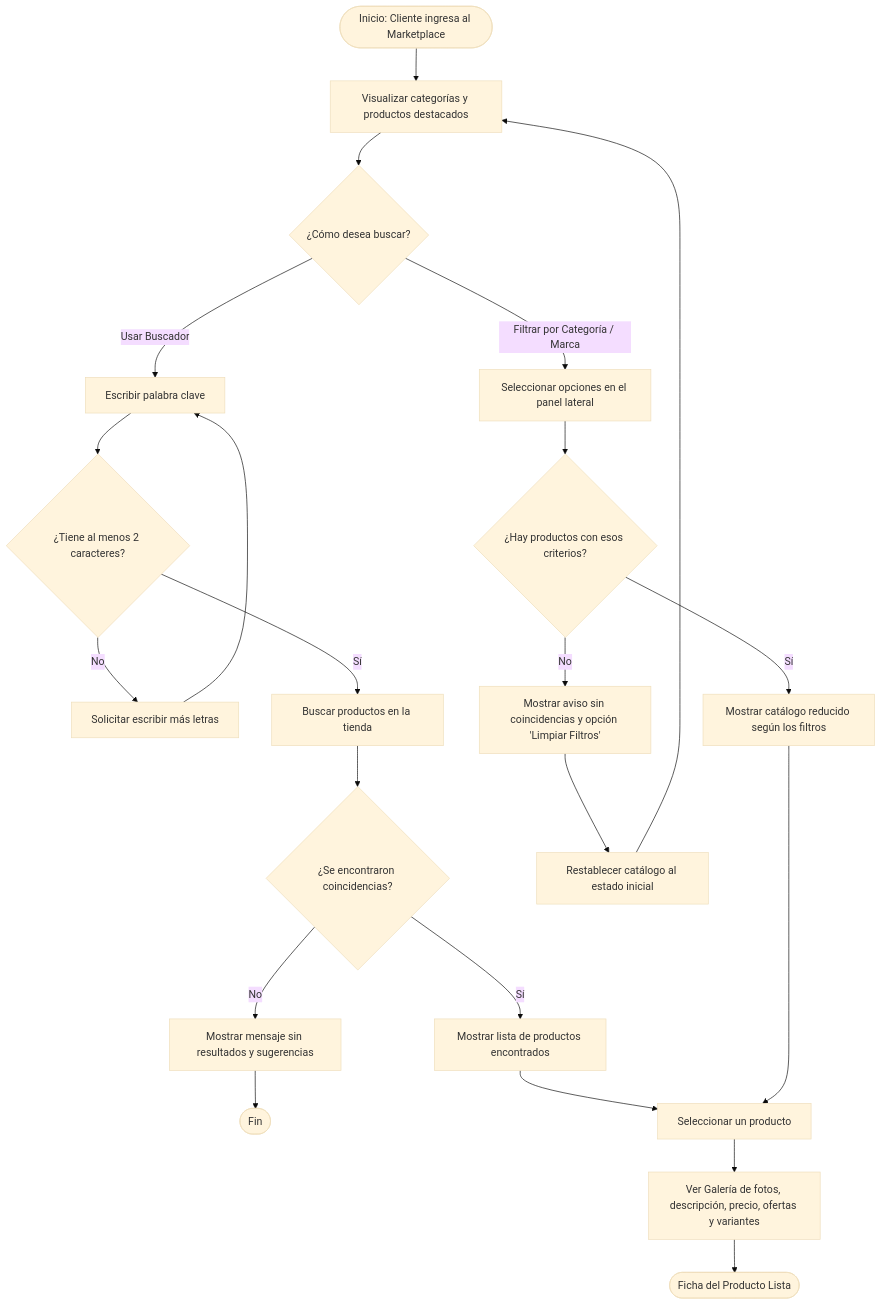
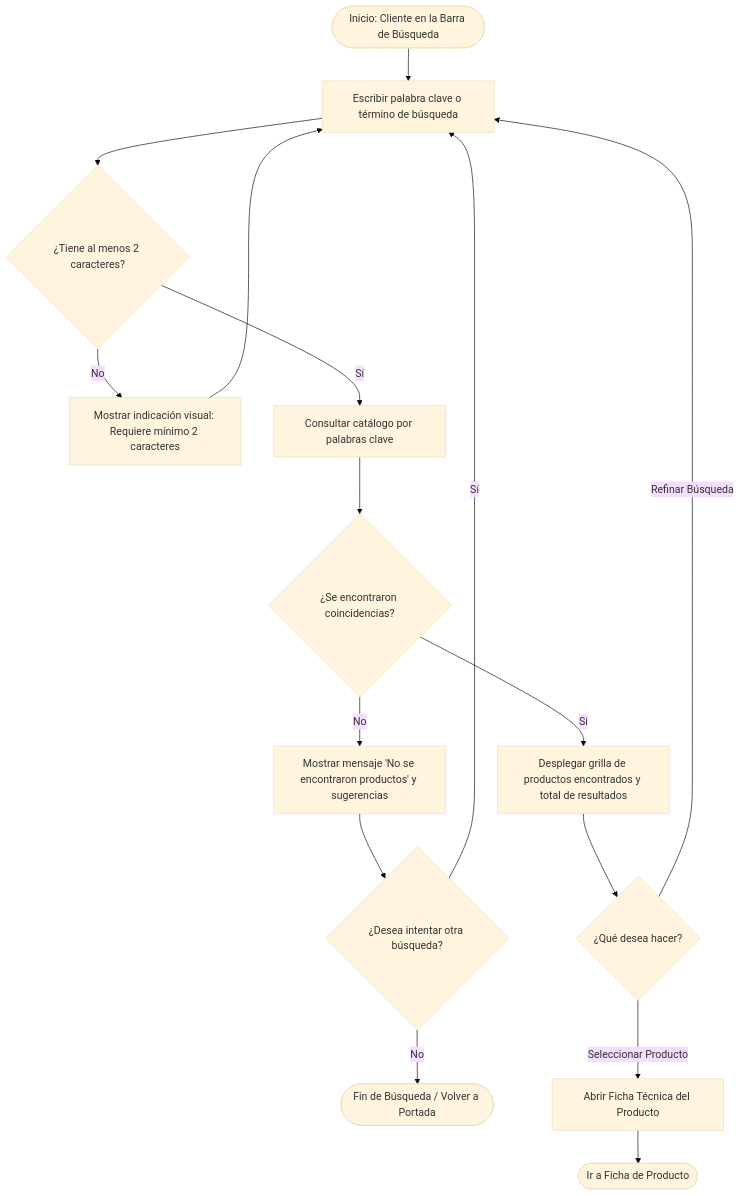
Before and after one commit to LeonidasGarcia/Multichannel-Marketplace: the fourth of 9 diagrams in Diagrama de Procesos/Diagramas de Procesos Preliminares.md, drawn with Mermaid (base theme). The commit also changed other lines of this file and 1 other file, not shown here.

Commit message:
feat: Update process diagrams and enhance user flow descriptions in the documentation

````diff
--- a/Diagrama de Procesos/Diagramas de Procesos Preliminares.md
+++ b/Diagrama de Procesos/Diagramas de Procesos Preliminares.md
@@ -79,26 +96,20 @@
-```mermaid.js
+```mermaid
 flowchart TD
-    InicioNavegacion([Inicio: Cliente ingresa al Marketplace]) --> VerPortada[Visualizar categorías y productos destacados]
-    VerPortada --> ElegirCamino{¿Cómo desea buscar?}
+    InicioBusqueda([Inicio: Cliente en la Barra de Búsqueda]) --> EscribirTexto[Escribir palabra clave o término de búsqueda]
+    EscribirTexto --> ValidarLongitud{¿Tiene al menos 2 caracteres?}
 
-    %% Búsqueda por Texto
-    ElegirCamino -- Usar Buscador --> EscribirTexto[Escribir palabra clave]
-    EscribirTexto --> ValidarLongitud{¿Tiene al menos 2 caracteres?}
-    ValidarLongitud -- No --> IndicarMinimo[Solicitar escribir más letras] --> EscribirTexto
-    ValidarLongitud -- Sí --> BuscarProductos[Buscar productos en la tienda]
+    ValidarLongitud -- No --> IndicarMinimo[Mostrar indicación visual: Requiere mínimo 2 caracteres] --> EscribirTexto
+
+    ValidarLongitud -- Sí --> BuscarProductos[Consultar catálogo por palabras clave]
     BuscarProductos --> HayResultados{¿Se encontraron coincidencias?}
-    HayResultados -- No --> MostrarVacio[Mostrar mensaje sin resultados y sugerencias] --> FinBusqueda([Fin])
-    HayResultados -- Sí --> MostrarListado[Mostrar lista de productos encontrados]
 
-    %% Filtros
-    ElegirCamino -- Filtrar por Categoría / Marca --> ElegirFiltros[Seleccionar opciones en el panel lateral]
-    ElegirFiltros --> CoincidenFiltros{¿Hay productos con esos criterios?}
-    CoincidenFiltros -- No --> MostrarMensajeFiltro[Mostrar aviso sin coincidencias y opción 'Limpiar Filtros']
-    MostrarMensajeFiltro --> LimpiarFiltros[Restablecer catálogo al estado inicial] --> VerPortada
-    CoincidenFiltros -- Sí --> MostrarListadoFiltrado[Mostrar catálogo reducido según los filtros]
+    HayResultados -- No --> MostrarVacio[Mostrar mensaje 'No se encontraron productos' y sugerencias]
+    MostrarVacio --> DecisionNuevaBusqueda{¿Desea intentar otra búsqueda?}
+    DecisionNuevaBusqueda -- Sí --> EscribirTexto
+    DecisionNuevaBusqueda -- No --> FinBusquedaVacia([Fin de Búsqueda / Volver a Portada])
 
-    %% Ficha de Producto
-    MostrarListado --> AbrirProducto[Seleccionar un producto]
-    MostrarListadoFiltrado --> AbrirProducto
-    AbrirProducto --> VerFicha[Ver Galería de fotos, descripción, precio, ofertas y variantes] --> FinFicha([Ficha del Producto Lista])
+    HayResultados -- Sí --> MostrarListado[Desplegar grilla de productos encontrados y total de resultados]
+    MostrarListado --> DecisionAccionBusqueda{¿Qué desea hacer?}
+    DecisionAccionBusqueda -- Refinar Búsqueda --> EscribirTexto
+    DecisionAccionBusqueda -- Seleccionar Producto --> AbrirFicha[Abrir Ficha Técnica del Producto] --> FinBusquedaExitosa([Ir a Ficha de Producto])
 ```
````
